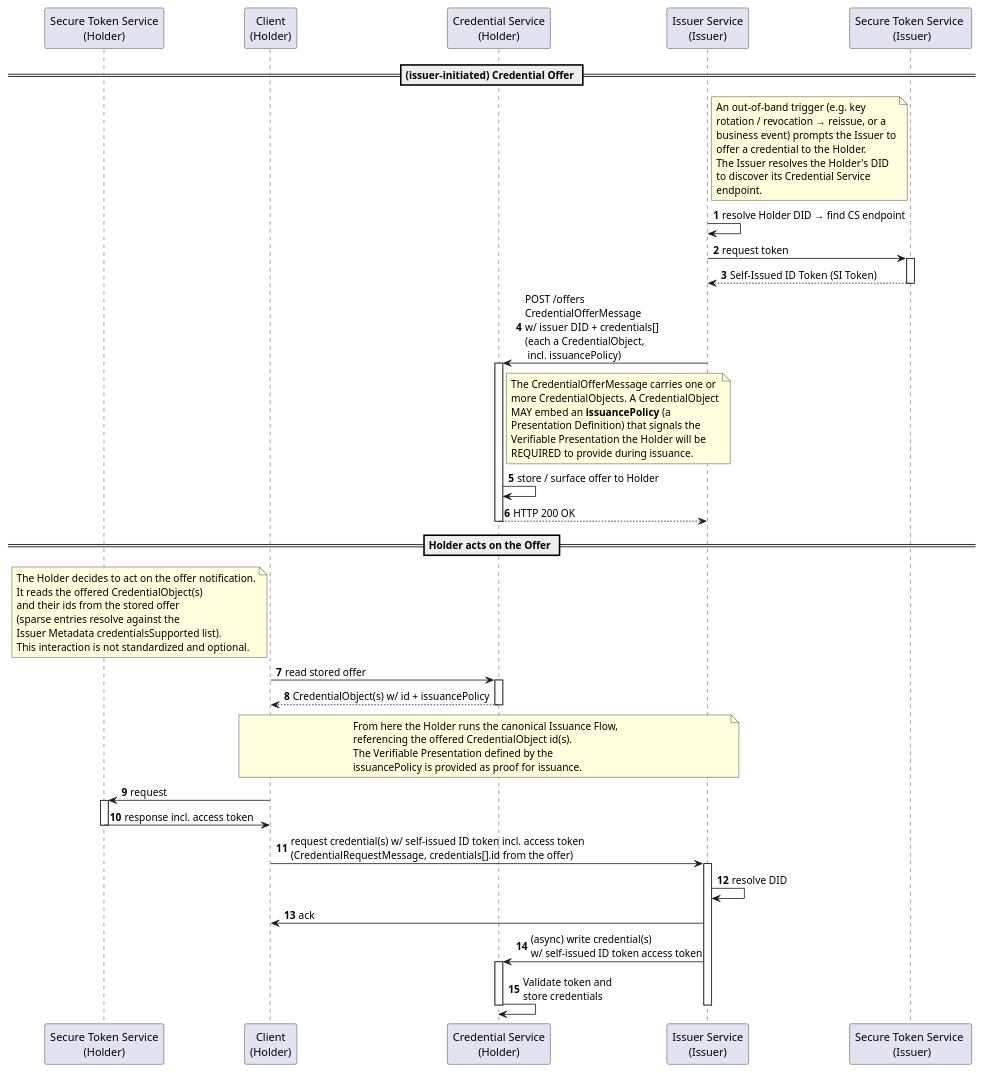
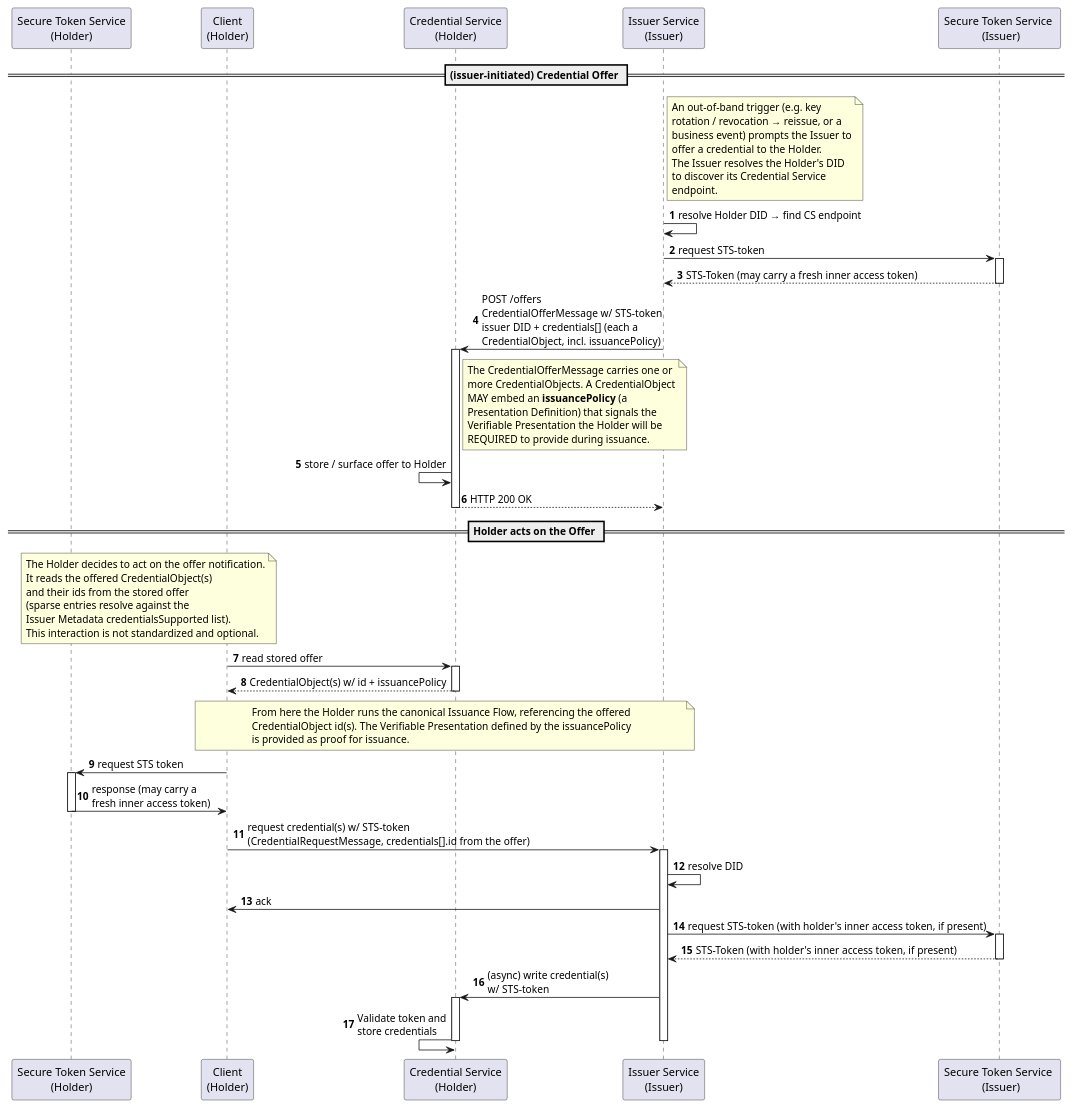
The diagram in issuance/dcp_issuance_offer.puml (eclipse-dataspace-dcp/best-practices), drawn with PlantUML before and after one commit. The commit also changed 1 other file, not shown here.

Commit message:
fix: clarify token flow

```diff
--- a/issuance/dcp_issuance_offer.puml
+++ b/issuance/dcp_issuance_offer.puml
@@ -1,82 +1,86 @@
 @startuml DCP_Credential_Offer_preceding_Issuance_with_Presentation
 autonumber
 
 participant "Secure Token Service\n(Holder)" as STS
 participant "Client\n(Holder)" as Client
 participant "Credential Service\n(Holder)" as CS
 participant "Issuer Service\n(Issuer)" as Issuer
 participant "Secure Token Service \n (Issuer)" as STS_Issuer
 
 == (issuer-initiated) Credential Offer ==
 
 note right of Issuer
   An out-of-band trigger (e.g. key
   rotation / revocation → reissue, or a
   business event) prompts the Issuer to
   offer a credential to the Holder.
   The Issuer resolves the Holder's DID
   to discover its Credential Service
   endpoint.
 end note
 
 Issuer -> Issuer: resolve Holder DID → find CS endpoint
 
-Issuer -> STS_Issuer: request token
+Issuer -> STS_Issuer: request STS-token
 activate STS_Issuer
-STS_Issuer --> Issuer: Self-Issued ID Token (SI Token)
+STS_Issuer --> Issuer: STS-Token (may carry a fresh inner access token)
 deactivate STS_Issuer
 
-Issuer -> CS : POST /offers\nCredentialOfferMessage\nw/ issuer DID + credentials[]\n(each a CredentialObject,\n incl. issuancePolicy)
+Issuer -> CS : POST /offers\nCredentialOfferMessage w/ STS-token\nissuer DID + credentials[] (each a\nCredentialObject, incl. issuancePolicy)
 activate CS
 note right of CS
   The CredentialOfferMessage carries one or
   more CredentialObjects. A CredentialObject
   MAY embed an **issuancePolicy** (a
   Presentation Definition) that signals the
   Verifiable Presentation the Holder will be
   REQUIRED to provide during issuance.
 end note
-CS -> CS: store / surface offer to Holder
+CS <- CS: store / surface offer to Holder
 CS --> Issuer: HTTP 200 OK
 deactivate CS
 
 == Holder acts on the Offer ==
 
-note left of Client
+note over Client, STS
   The Holder decides to act on the offer notification.
   It reads the offered CredentialObject(s)
   and their ids from the stored offer
   (sparse entries resolve against the
   Issuer Metadata credentialsSupported list).
   This interaction is not standardized and optional.
 end note
 
 Client -> CS : read stored offer
 activate CS
 CS --> Client : CredentialObject(s) w/ id + issuancePolicy
 deactivate CS
 
 note over Client, Issuer
-  From here the Holder runs the canonical Issuance Flow,
-  referencing the offered CredentialObject id(s).
-  The Verifiable Presentation defined by the
-  issuancePolicy is provided as proof for issuance.
+  From here the Holder runs the canonical Issuance Flow, referencing the offered
+  CredentialObject id(s). The Verifiable Presentation defined by the issuancePolicy
+  is provided as proof for issuance.
 end note
 
-Client -> STS: request
+Client -> STS: request STS token
 activate STS
-STS -> Client: response incl. access token
+STS -> Client: response (may carry a\nfresh inner access token)
 deactivate STS
 
-Client -> Issuer: request credential(s) w/ self-issued ID token incl. access token\n(CredentialRequestMessage, credentials[].id from the offer)
+Client -> Issuer: request credential(s) w/ STS-token\n(CredentialRequestMessage, credentials[].id from the offer)
 activate Issuer
 Issuer -> Issuer: resolve DID
 Client <- Issuer: ack
 
-CS <- Issuer: (async) write credential(s)\nw/ self-issued ID token access token
+Issuer -> STS_Issuer: request STS-token (with holder's inner access token, if present)
+activate STS_Issuer
+STS_Issuer --> Issuer: STS-Token (with holder's inner access token, if present)
+deactivate STS_Issuer
+
+CS <- Issuer: (async) write credential(s)\nw/ STS-token
 activate CS
-CS -> CS: Validate token and\nstore credentials
+CS <- CS: Validate token and\nstore credentials
 deactivate CS
 deactivate Issuer
 
 @enduml
```
